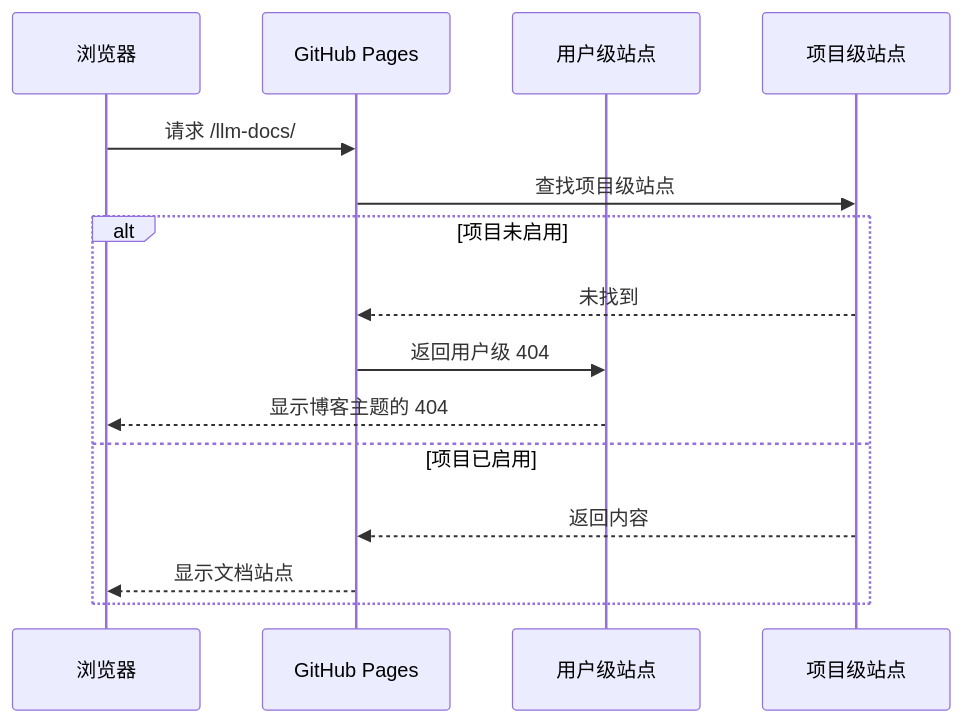
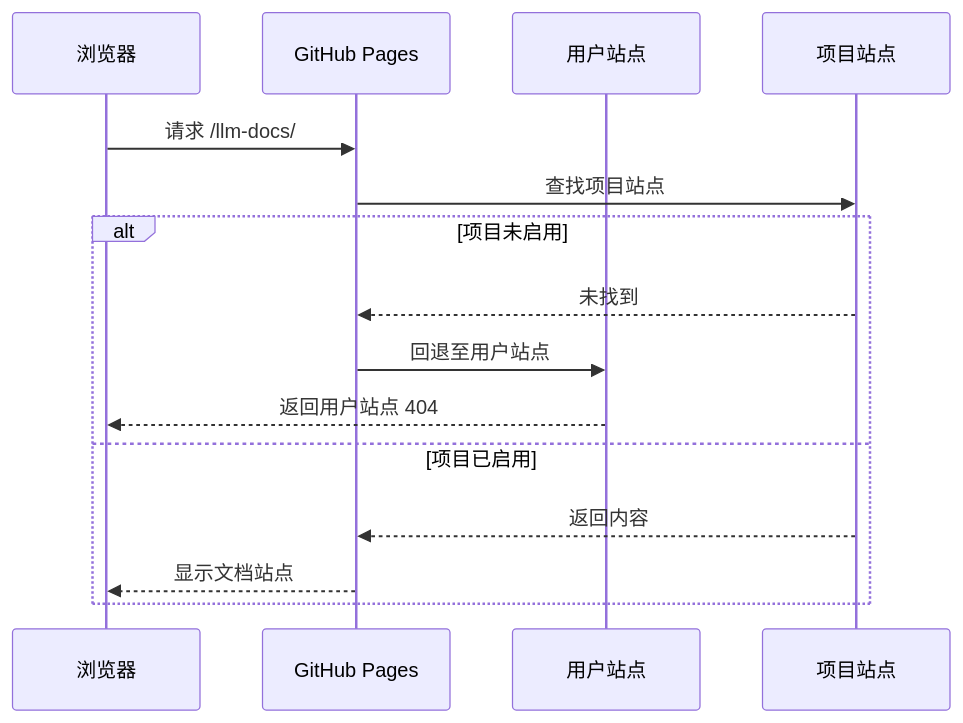
Before and after one commit to AldenWangExis/AldenWangExis.github.io: the fourth of 4 diagrams in _posts/2026-01-08-vuepress-github-pages-deployment.md, drawn with Mermaid. The commit also changed other lines of this file, not shown here.

Commit message:
refactor(posts): Revise VuePress GitHub Pages deployment guide for clarity and accuracy, enhancing section titles and descriptions

````diff
--- a/_posts/2026-01-08-vuepress-github-pages-deployment.md
+++ b/_posts/2026-01-08-vuepress-github-pages-deployment.md
@@ -262,18 +262,18 @@
 ```mermaid
 sequenceDiagram
     participant Browser as 浏览器
     participant Pages as GitHub Pages
-    participant User as 用户级站点
-    participant Project as 项目级站点
+    participant User as 用户站点
+    participant Project as 项目站点
     
     Browser->>Pages: 请求 /llm-docs/
-    Pages->>Project: 查找项目级站点
+    Pages->>Project: 查找项目站点
     alt 项目未启用
         Project-->>Pages: 未找到
-        Pages->>User: 返回用户级 404
-        User-->>Browser: 显示博客主题的 404
+        Pages->>User: 回退至用户站点
+        User-->>Browser: 返回用户站点 404
     else 项目已启用
         Project-->>Pages: 返回内容
         Pages-->>Browser: 显示文档站点
     end
 ```
````
